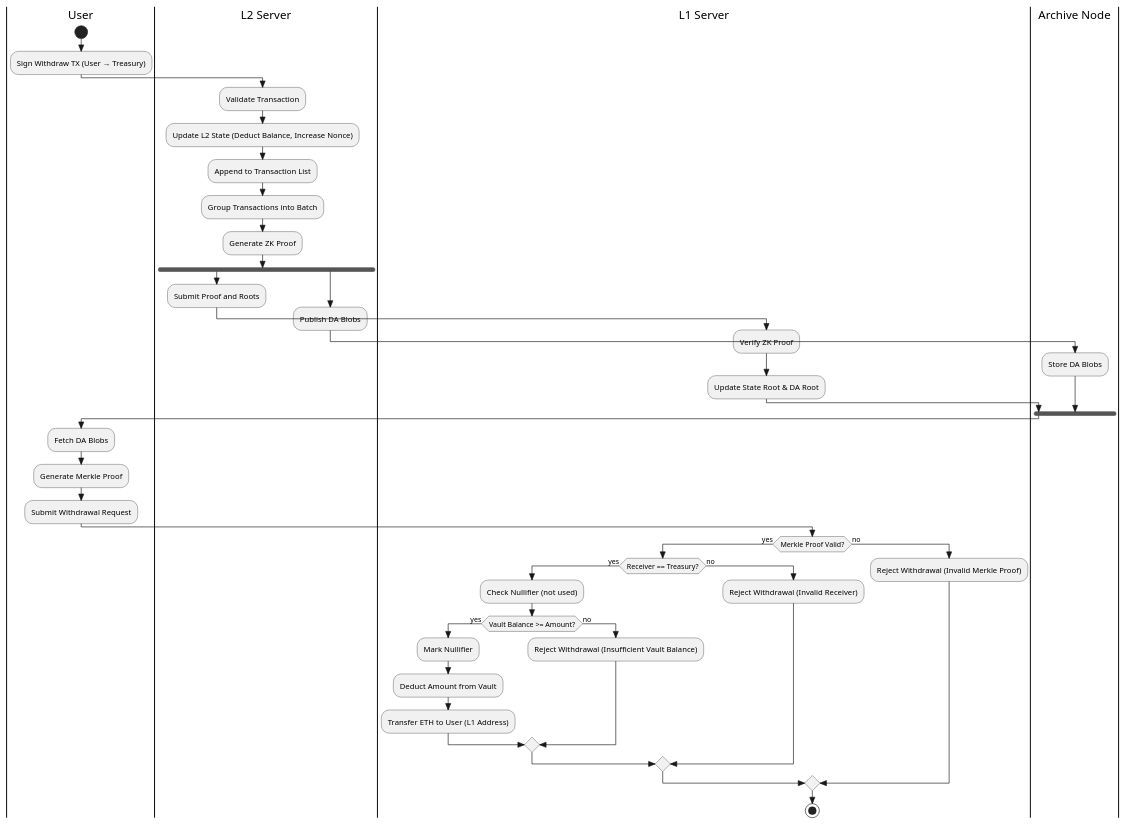
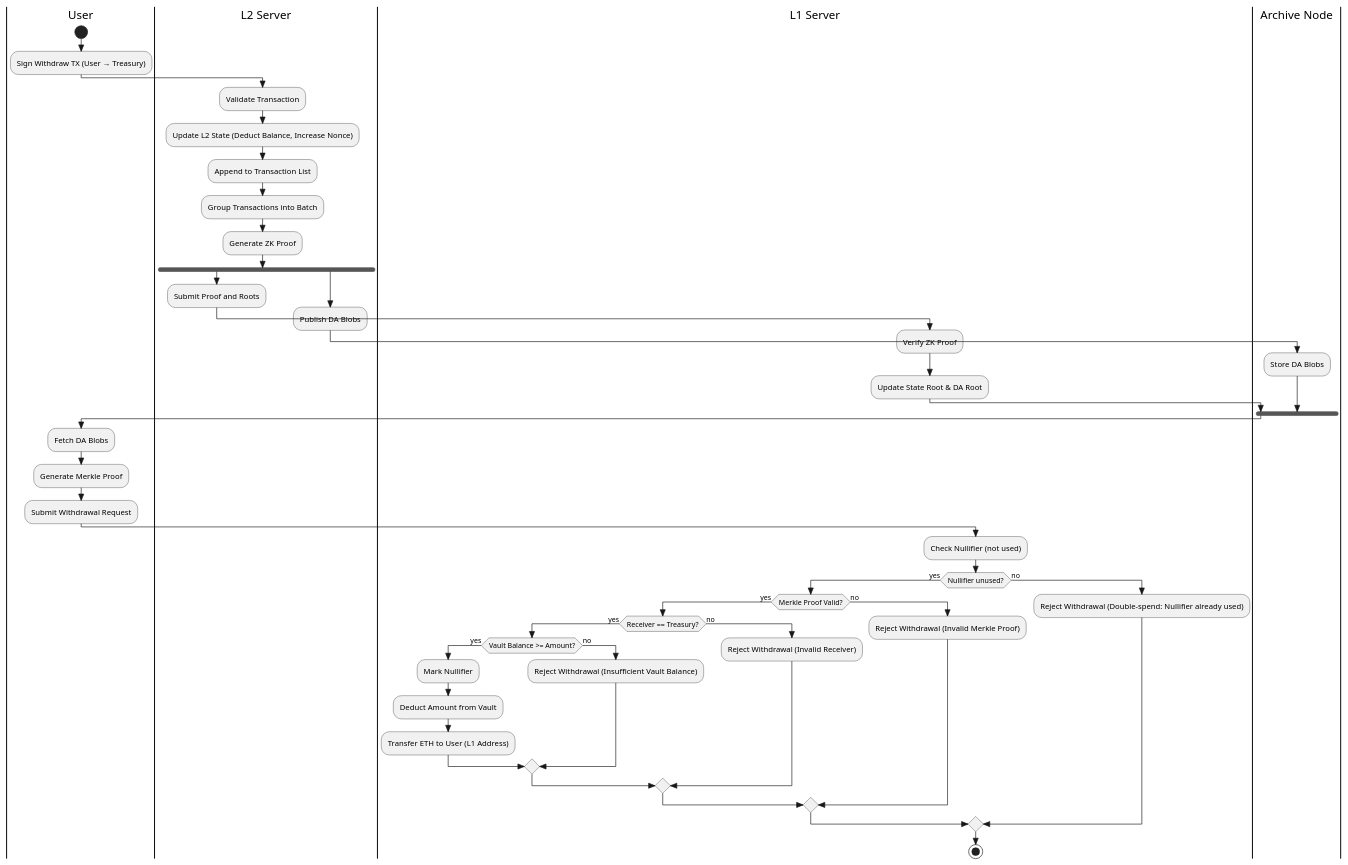
The diagram in .des/activity/withdraw.wsd (Mtdung290504/ZK-rollup-simulation), drawn with PlantUML before and after one commit. The commit also changed 7 other files, not shown here.

```diff
--- a/.des/activity/withdraw.wsd
+++ b/.des/activity/withdraw.wsd
@@ -1,59 +1,65 @@
 @startuml "Withdraw Flow (L2 -> L1)"
 skinparam style strictuml
 
 |User|
 start
 :Sign Withdraw TX (User → Treasury);
 
 |L2 Server|
 :Validate Transaction;
 :Update L2 State (Deduct Balance, Increase Nonce);
 :Append to Transaction List;
 
 |L2 Server|
 :Group Transactions into Batch;
 :Generate ZK Proof;
 
 fork
   |L2 Server|
   :Submit Proof and Roots;
   |L1 Server|
   :Verify ZK Proof;
   :Update State Root & DA Root;
 fork again
   |L2 Server|
   :Publish DA Blobs;
   |Archive Node|
   :Store DA Blobs;
 end fork
 
 |User|
 :Fetch DA Blobs;
 :Generate Merkle Proof;
 :Submit Withdrawal Request;
 
 |L1 Server|
-if (Merkle Proof Valid?) then (yes)
+:Check Nullifier (not used);
 
-  if (Receiver == Treasury?) then (yes)
+if (Nullifier unused?) then (yes)
 
-    :Check Nullifier (not used);
+  if (Merkle Proof Valid?) then (yes)
 
-    if (Vault Balance >= Amount?) then (yes)
-      :Mark Nullifier;
-      :Deduct Amount from Vault;
-      :Transfer ETH to User (L1 Address);
+    if (Receiver == Treasury?) then (yes)
+
+      if (Vault Balance >= Amount?) then (yes)
+        :Mark Nullifier;
+        :Deduct Amount from Vault;
+        :Transfer ETH to User (L1 Address);
+      else (no)
+        :Reject Withdrawal (Insufficient Vault Balance);
+      endif
+
     else (no)
-      :Reject Withdrawal (Insufficient Vault Balance);
+      :Reject Withdrawal (Invalid Receiver);
     endif
 
   else (no)
-    :Reject Withdrawal (Invalid Receiver);
+    :Reject Withdrawal (Invalid Merkle Proof);
   endif
 
 else (no)
-  :Reject Withdrawal (Invalid Merkle Proof);
+  :Reject Withdrawal (Double-spend: Nullifier already used);
 endif
 
 stop
 @enduml
```
